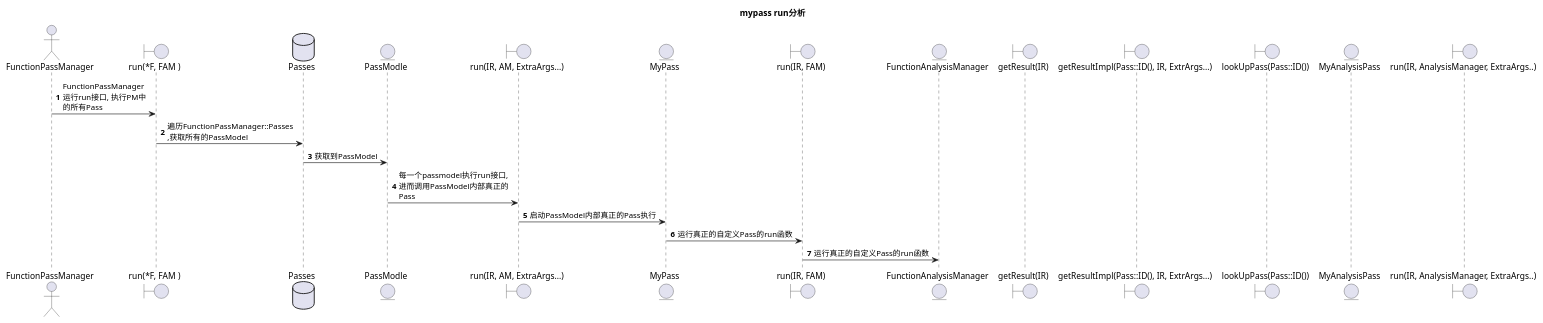
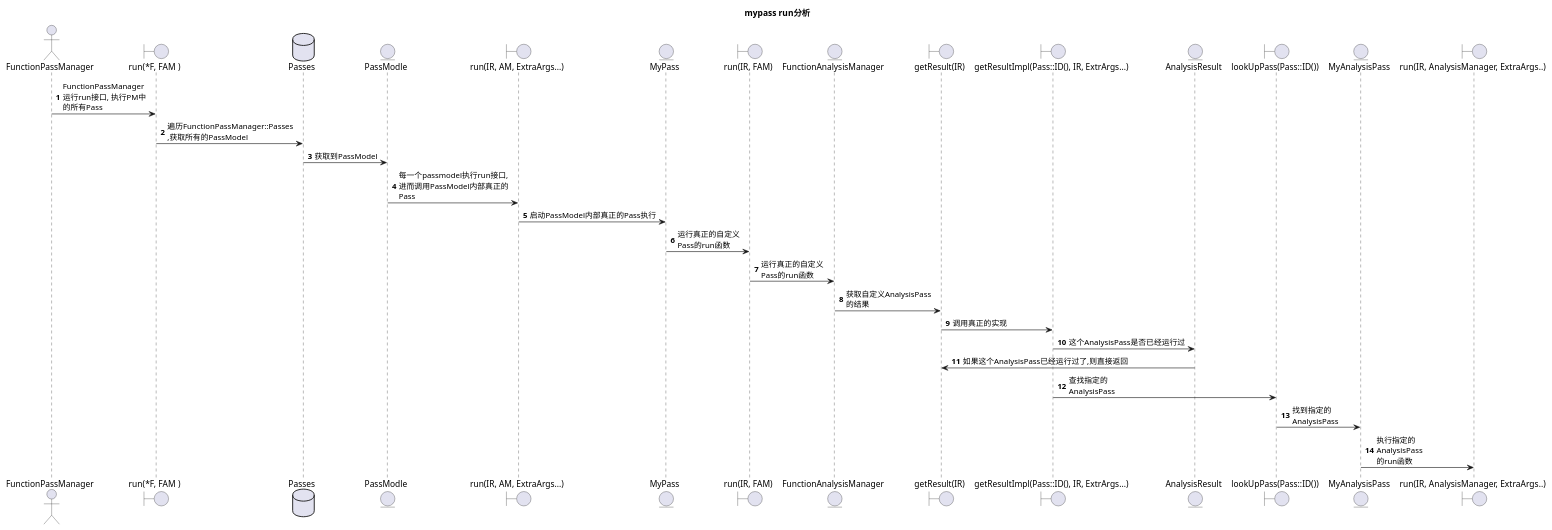
The diagram in chapter_2/plantuml/new_pm/runpass/runpass_flow.wsd (Jayson-du/ZPU_summary), drawn with PlantUML before and after one commit. The commit also changed 1 other file, not shown here.

```diff
--- a/chapter_2/plantuml/new_pm/runpass/runpass_flow.wsd
+++ b/chapter_2/plantuml/new_pm/runpass/runpass_flow.wsd
@@ -1,31 +1,38 @@
 @startuml
 
 title "mypass run分析"
 
 autonumber
 
 actor             "FunctionPassManager" as FPM
 boundary          "run(*F, FAM )" as run
 database          "Passes"  as Passes
 entity            "PassModle"  as passmodel
 boundary          "run(IR, AM, ExtraArgs...)" as passmodel_run
 entity            "MyPass" as mypass
 boundary          "run(IR, FAM)" as mypass_run
 entity            "FunctionAnalysisManager" as FAM
 boundary          "getResult(IR)" as getResult
 boundary          "getResultImpl(Pass::ID(), IR, ExtrArgs...)" as getResultImpl
+entity            "AnalysisResult" as analysisResult
 boundary          "lookUpPass(Pass::ID())" as lookup
 entity            "MyAnalysisPass" as myanalysispass
 boundary          "run(IR, AnalysisManager, ExtraArgs..)" as myanalysisrun
 
-FPM       ->      run : FunctionPassManager\n运行run接口, 执行PM中\n的所有Pass
-run       ->      Passes : 遍历FunctionPassManager::Passes\n,获取所有的PassModel
-Passes    ->      passmodel : 获取到PassModel
-passmodel ->      passmodel_run : 每一个passmodel执行run接口,\n进而调用PassModel内部真正的\nPass
-passmodel_run ->  mypass : 启动PassModel内部真正的Pass执行
-mypass    ->      mypass_run : 运行真正的自定义Pass的run函数
-mypass_run->      FAM         : 运行真正的自定义Pass的run函数
-
+FPM             ->      run : FunctionPassManager\n运行run接口, 执行PM中\n的所有Pass
+run             ->      Passes : 遍历FunctionPassManager::Passes\n,获取所有的PassModel
+Passes          ->      passmodel : 获取到PassModel
+passmodel       ->      passmodel_run : 每一个passmodel执行run接口,\n进而调用PassModel内部真正的\nPass
+passmodel_run   ->      mypass : 启动PassModel内部真正的Pass执行
+mypass          ->      mypass_run : 运行真正的自定义\nPass的run函数
+mypass_run      ->      FAM         : 运行真正的自定义\nPass的run函数
+FAM             ->      getResult   : 获取自定义AnalysisPass\n的结果
+getResult       ->      getResultImpl: 调用真正的实现
+getResultImpl   ->      analysisResult : 这个AnalysisPass是否已经运行过
+analysisResult  ->      getResult : 如果这个AnalysisPass已经运行过了,则直接返回
+getResultImpl   ->      lookup        : 查找指定的\nAnalysisPass
+lookup          ->      myanalysispass: 找到指定的\nAnalysisPass
+myanalysispass  ->      myanalysisrun : 执行指定的\nAnalysisPass\n的run函数
 
 
 @enduml
```
